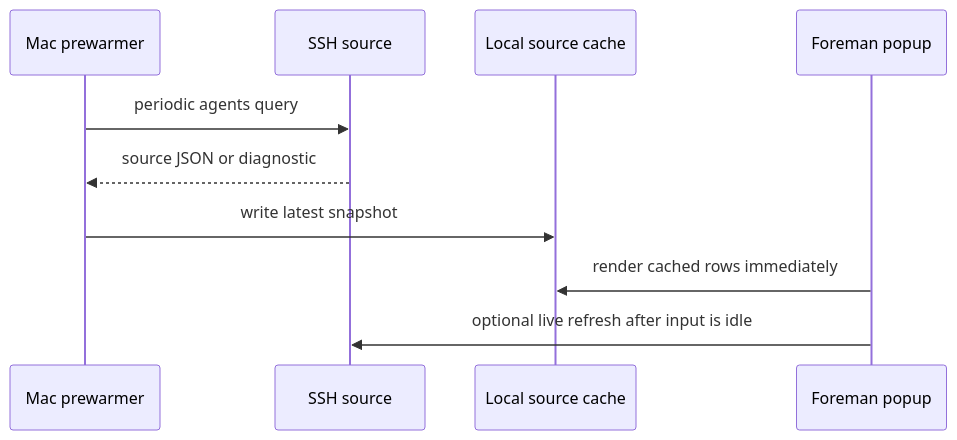
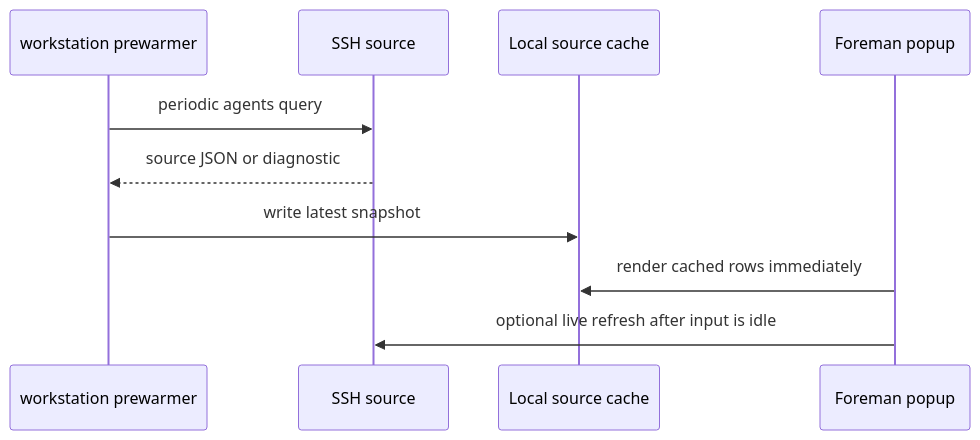
One commit to safurrier/foreman changed the fifth of 8 diagrams in docs/decisions/0004-source-companion-relay.md. Above: the diagram before and after it, drawn with Mermaid. The commit also changed other lines of this file and 26 other files, not shown here.

````diff
--- a/docs/decisions/0004-source-companion-relay.md
+++ b/docs/decisions/0004-source-companion-relay.md
@@ -234,13 +263,13 @@
 ```mermaid
 sequenceDiagram
-    participant Prewarmer as Mac prewarmer
+    participant Prewarmer as workstation prewarmer
     participant SSH as SSH source
     participant Cache as Local source cache
     participant Popup as Foreman popup
 
     Prewarmer->>SSH: periodic agents query
     SSH-->>Prewarmer: source JSON or diagnostic
     Prewarmer->>Cache: write latest snapshot
     Popup->>Cache: render cached rows immediately
     Popup->>SSH: optional live refresh after input is idle
 ```
````
